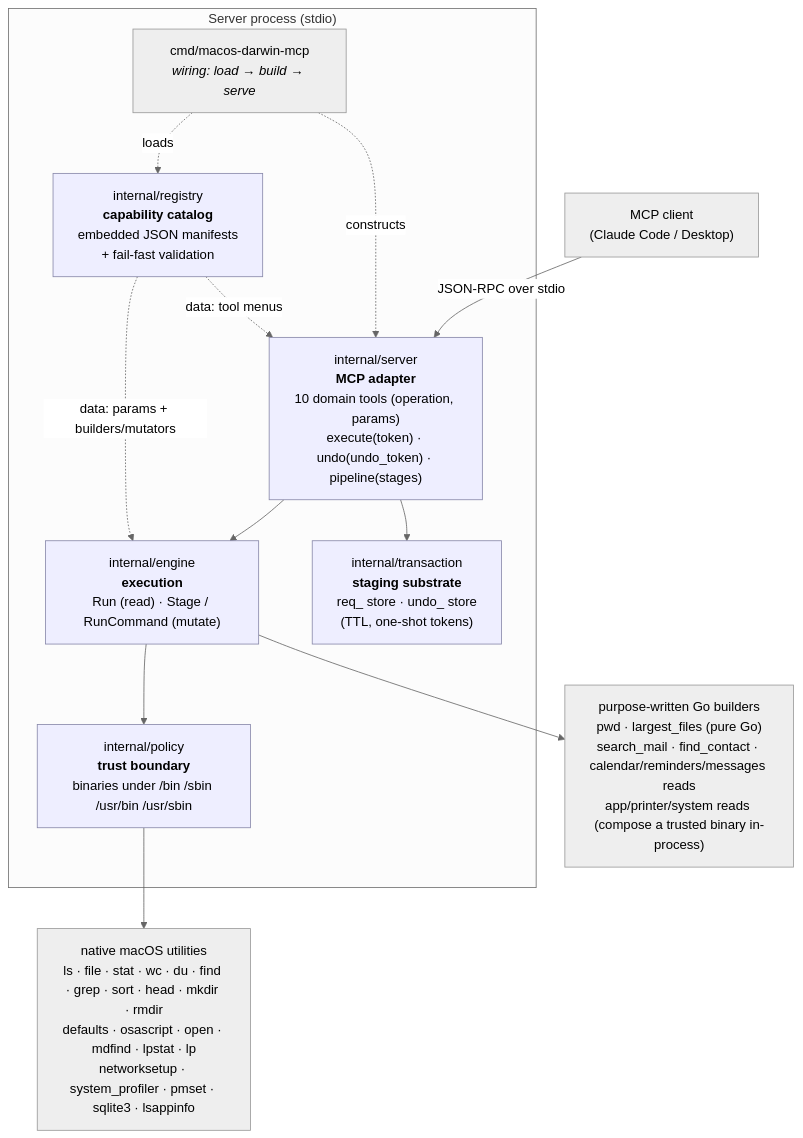
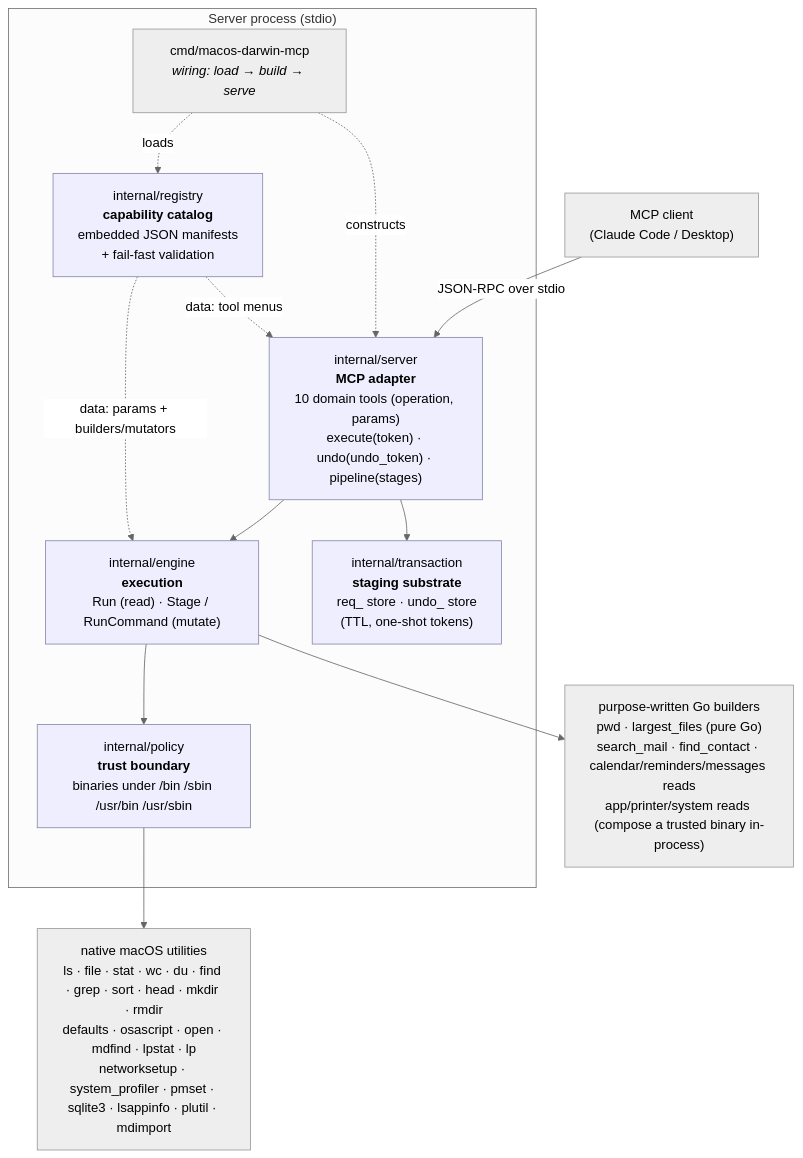
One commit to kinnoo-project/mcp-server-mac-os changed the first of 3 diagrams in docs/architecture.md. Above: the diagram before and after it, drawn with Mermaid (neutral theme). The commit also changed other lines of this file and 10 other files, not shown here.

````diff
--- a/docs/architecture.md
+++ b/docs/architecture.md
@@ -55,30 +55,30 @@
 ```mermaid
 flowchart TD
     Client["MCP client<br/>(Claude Code / Desktop)"]
 
     subgraph proc["Server process (stdio)"]
         Main["cmd/macos-darwin-mcp<br/><i>wiring: load → build → serve</i>"]
         ServerPkg["internal/server<br/><b>MCP adapter</b><br/>10 domain tools (operation, params)<br/>execute(token) · undo(undo_token) · pipeline(stages)"]
         Engine["internal/engine<br/><b>execution</b><br/>Run (read) · Stage / RunCommand (mutate)"]
         Policy["internal/policy<br/><b>trust boundary</b><br/>binaries under /bin /sbin /usr/bin /usr/sbin"]
         Registry["internal/registry<br/><b>capability catalog</b><br/>embedded JSON manifests<br/>+ fail-fast validation"]
         Txn["internal/transaction<br/><b>staging substrate</b><br/>req_ store · undo_ store<br/>(TTL, one-shot tokens)"]
     end
 
-    Native["native macOS utilities<br/>ls · file · stat · wc · du · find · grep · sort · head · mkdir · rmdir<br/>defaults · osascript · open · mdfind · lpstat · lp<br/>networksetup · system_profiler · pmset · sqlite3 · lsappinfo"]
+    Native["native macOS utilities<br/>ls · file · stat · wc · du · find · grep · sort · head · mkdir · rmdir<br/>defaults · osascript · open · mdfind · lpstat · lp<br/>networksetup · system_profiler · pmset · sqlite3 · lsappinfo · plutil · mdimport"]
     Builtin["purpose-written Go builders<br/>pwd · largest_files (pure Go)<br/>search_mail · find_contact · calendar/reminders/messages reads<br/>app/printer/system reads (compose a trusted binary in-process)"]
 
     Client -- "JSON-RPC over stdio" --> ServerPkg
     Main -. loads .-> Registry
     Main -. constructs .-> ServerPkg
     ServerPkg --> Engine
     ServerPkg --> Txn
     Engine --> Policy
     Policy --> Native
     Engine --> Builtin
     Registry -. "data: tool menus" .-> ServerPkg
     Registry -. "data: params + builders/mutators" .-> Engine
 
     classDef layer fill:#eef,stroke:#88a,color:#000;
     class ServerPkg,Engine,Policy,Registry,Txn layer;
 ```
````
